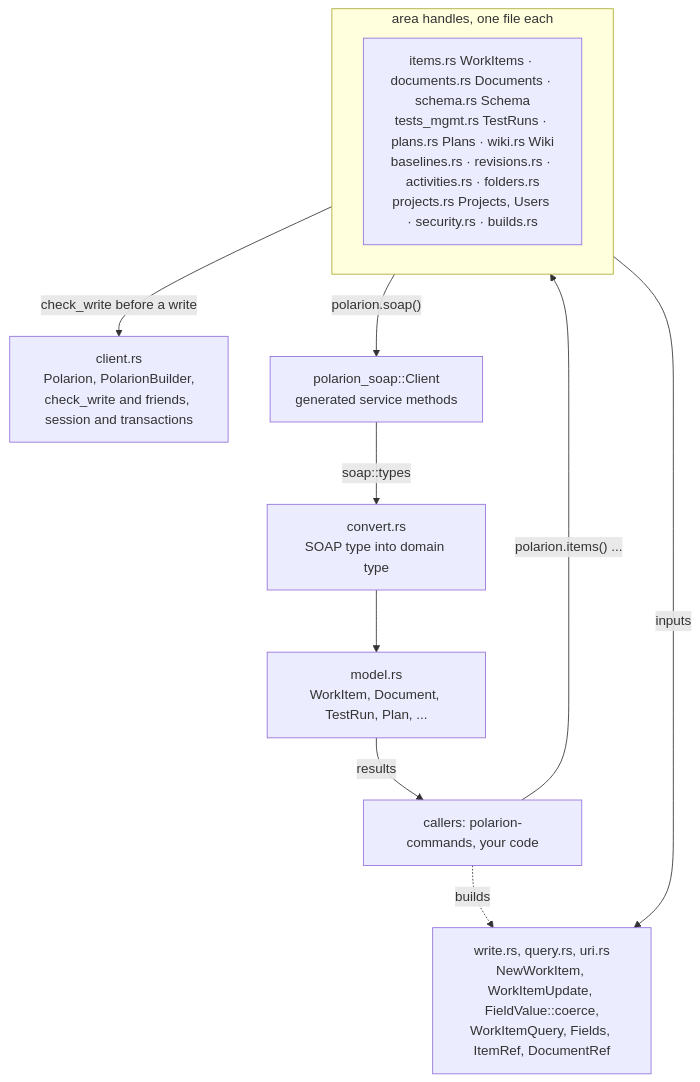
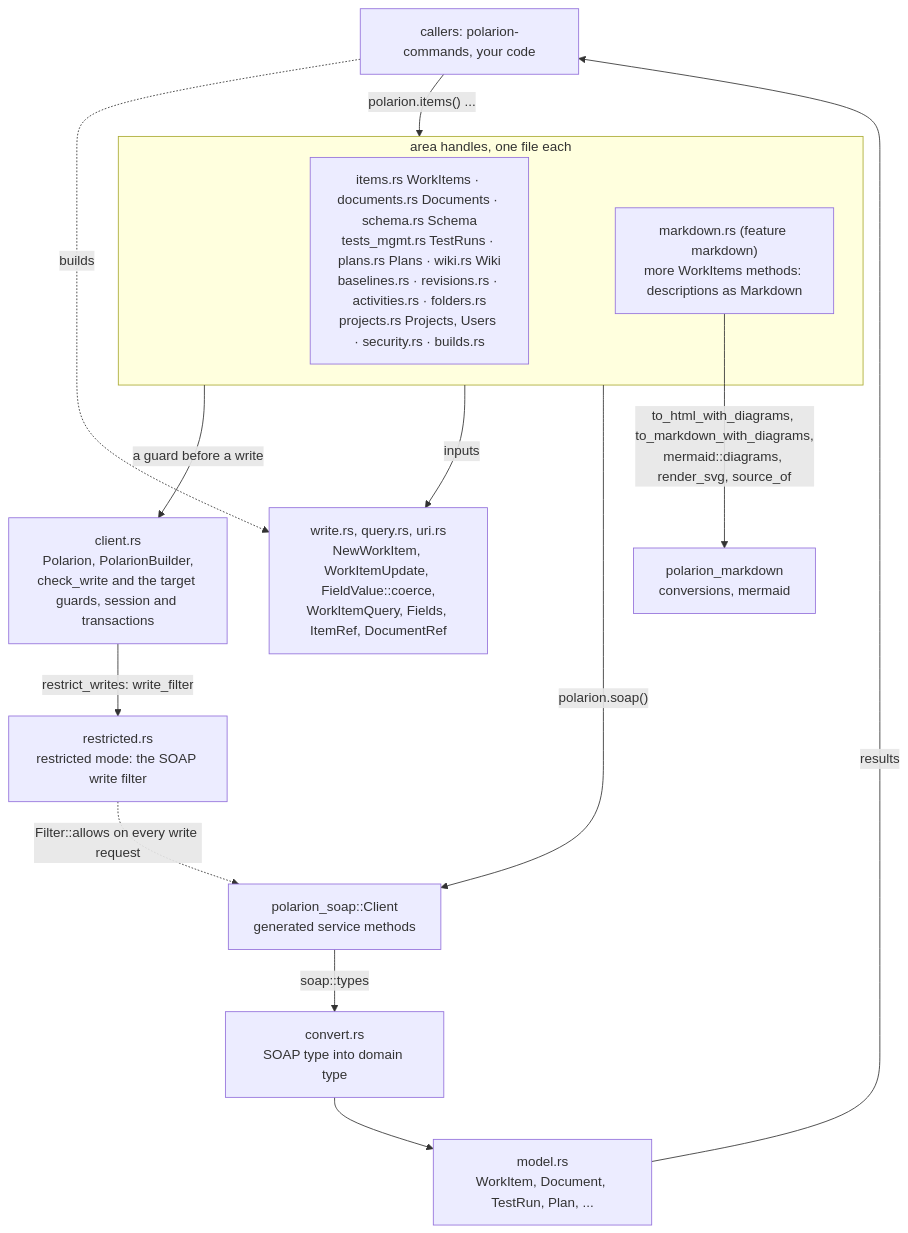
One commit to KevinGliewe/Polarion-rs changed the first of 2 diagrams in docs/library.md. Above: the diagram before and after it, drawn with Mermaid. The commit also changed other lines of this file and 210 other files, not shown here.

````diff
--- a/docs/library.md
+++ b/docs/library.md
@@ -8,21 +8,27 @@
 ```mermaid
 flowchart TB
     caller["callers: polarion-commands, your code"]
     subgraph handles["area handles, one file each"]
         h["items.rs WorkItems · documents.rs Documents · schema.rs Schema<br/>tests_mgmt.rs TestRuns · plans.rs Plans · wiki.rs Wiki<br/>baselines.rs · revisions.rs · activities.rs · folders.rs<br/>projects.rs Projects, Users · security.rs · builds.rs"]
+        mdrs["markdown.rs (feature markdown)<br/>more WorkItems methods: descriptions as Markdown"]
     end
-    client["client.rs<br/>Polarion, PolarionBuilder,<br/>check_write and friends, session and transactions"]
+    mdcrate["polarion_markdown<br/>conversions, mermaid"]
+    client["client.rs<br/>Polarion, PolarionBuilder,<br/>check_write and the target guards, session and transactions"]
+    restricted["restricted.rs<br/>restricted mode: the SOAP write filter"]
     inputs["write.rs, query.rs, uri.rs<br/>NewWorkItem, WorkItemUpdate, FieldValue::coerce,<br/>WorkItemQuery, Fields, ItemRef, DocumentRef"]
     convert["convert.rs<br/>SOAP type into domain type"]
     model["model.rs<br/>WorkItem, Document, TestRun, Plan, ..."]
     soap["polarion_soap::Client<br/>generated service methods"]
 
     caller -- "polarion.items() ..." --> handles
     caller -. "builds" .-> inputs
-    handles -- "check_write before a write" --> client
+    handles -- "a guard before a write" --> client
+    client -- "restrict_writes: write_filter" --> restricted
+    restricted -. "Filter::allows on every write request" .-> soap
     handles -- "inputs" --> inputs
     handles -- "polarion.soap()" --> soap
+    mdrs -- "to_html_with_diagrams, to_markdown_with_diagrams,<br/>mermaid::diagrams, render_svg, source_of" --> mdcrate
     soap -- "soap::types" --> convert
     convert --> model
     model -- "results" --> caller
 ```
````
